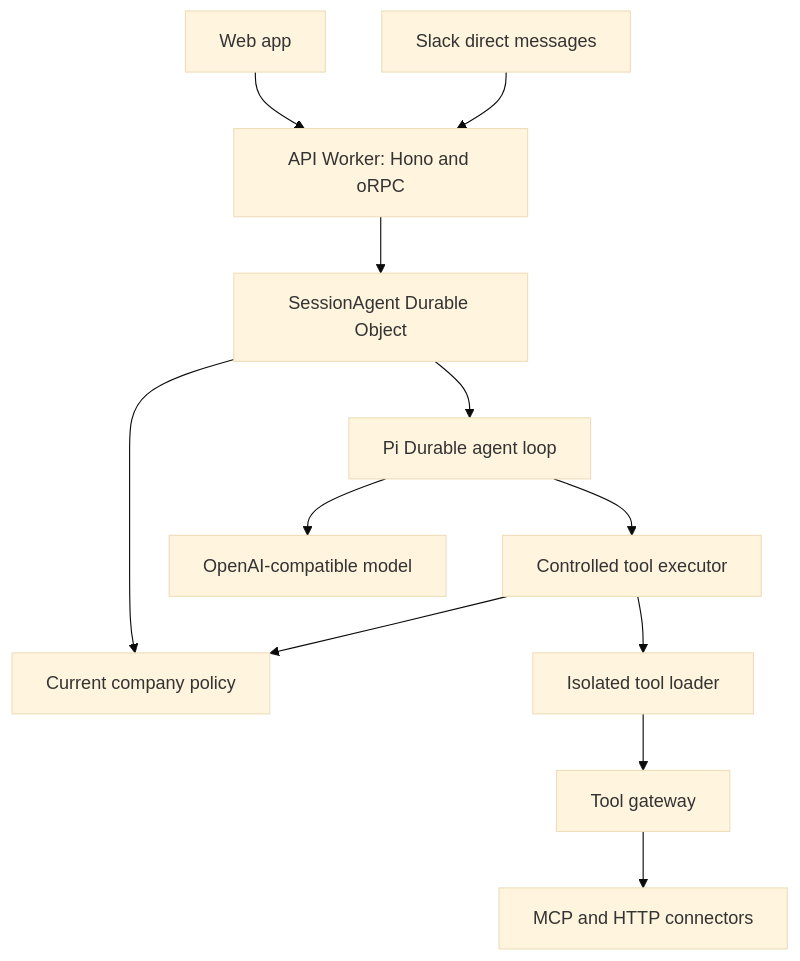
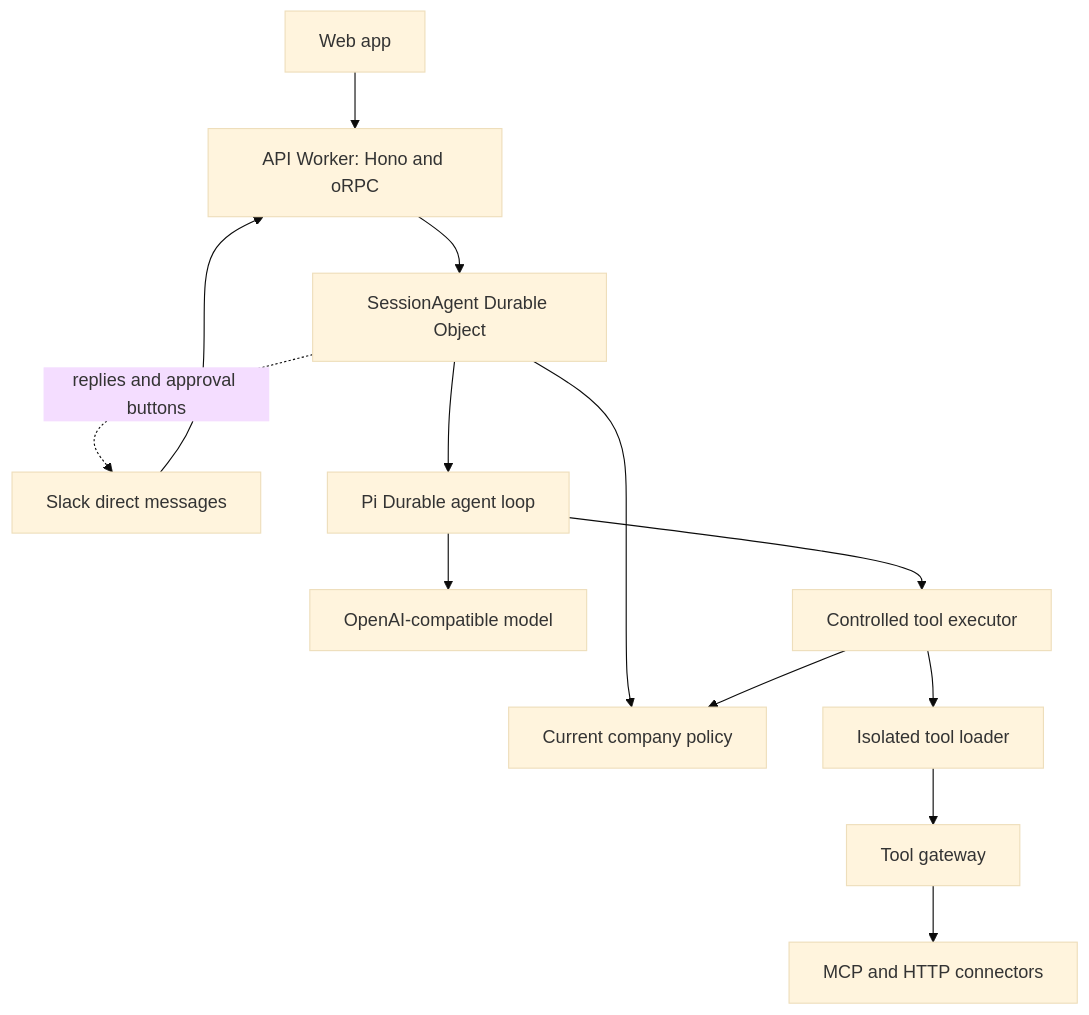
One commit to jhonsfran/cerebro changed the diagram in docs/architecture/overview.md. Above: the diagram before and after it, drawn with Mermaid (base theme). The commit also changed other lines of this file and 99 other files, not shown here.

````diff
--- a/docs/architecture/overview.md
+++ b/docs/architecture/overview.md
@@ -9,14 +9,15 @@
 ```mermaid
 flowchart TD
     Web[Web app] --> API[API Worker: Hono and oRPC]
     Slack[Slack direct messages] --> API
+    Session -. replies and approval buttons .-> Slack
     API --> Session[SessionAgent Durable Object]
     Session --> Policy[Current company policy]
     Session --> Pi[Pi Durable agent loop]
     Pi --> Model[OpenAI-compatible model]
     Pi --> Tools[Controlled tool executor]
     Tools --> Policy
     Tools --> Loader[Isolated tool loader]
     Loader --> Gateway[Tool gateway]
     Gateway --> Connectors[MCP and HTTP connectors]
 ```
````
